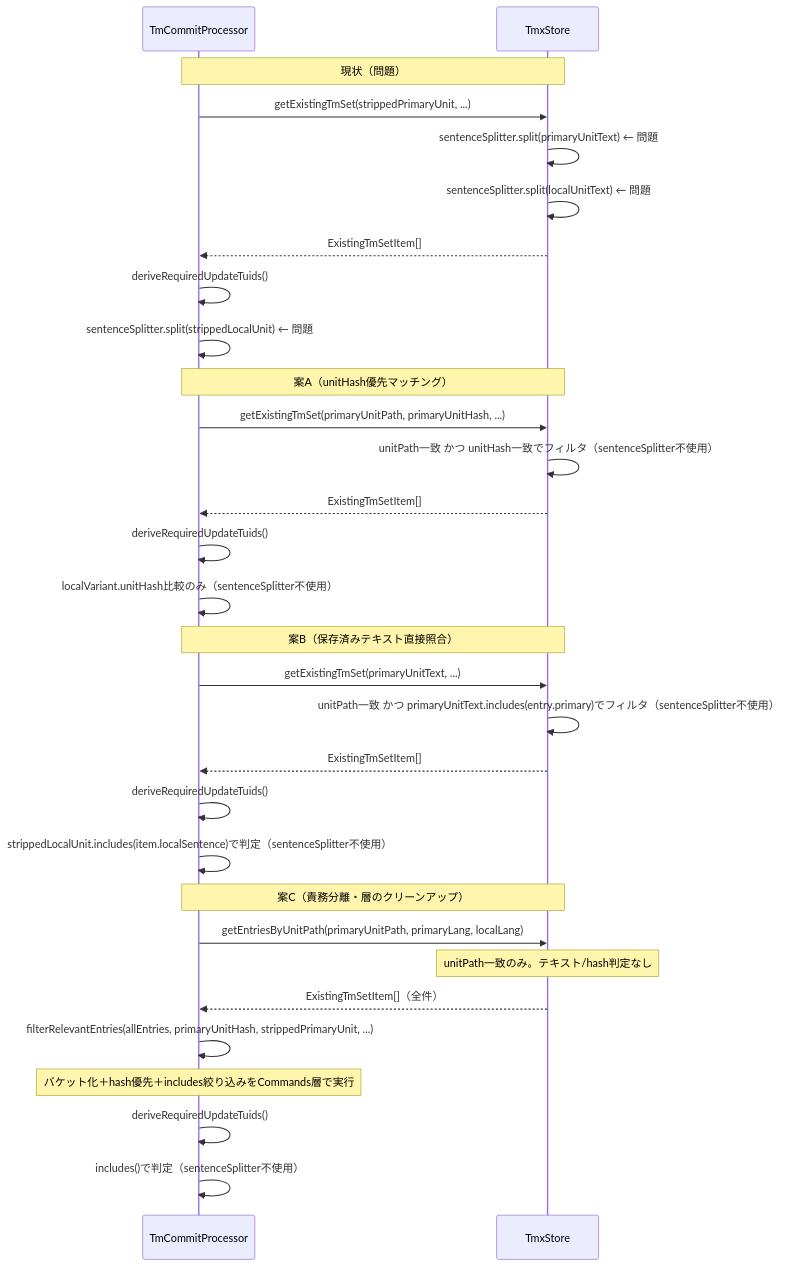
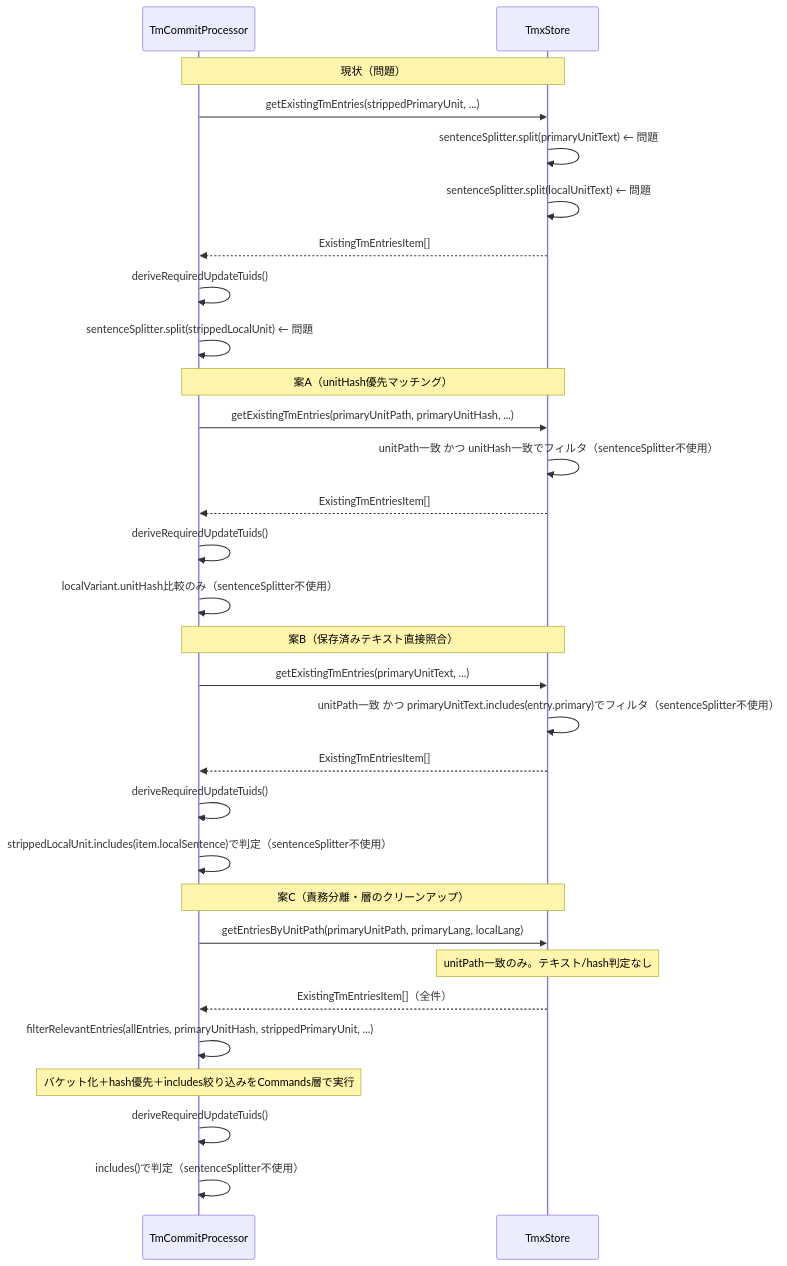
One commit to mochimochiki/mdait changed the diagram in tasks/done/260316_sentenceSplitter_TM登録除去.md. Above: the diagram before and after it, drawn with Mermaid. The commit also changed other lines of this file and 21 other files, not shown here.

````diff
--- a/tasks/done/260316_sentenceSplitter_TM登録除去.md
+++ b/tasks/done/260316_sentenceSplitter_TM登録除去.md
@@ -23,36 +23,36 @@
 ```mermaid
 sequenceDiagram
     participant Proc as TmCommitProcessor
     participant Store as TmxStore
 
     Note over Proc,Store: 現状（問題）
-    Proc->>Store: getExistingTmSet(strippedPrimaryUnit, ...)
+    Proc->>Store: getExistingTmEntries(strippedPrimaryUnit, ...)
     Store->>Store: sentenceSplitter.split(primaryUnitText) ← 問題
     Store->>Store: sentenceSplitter.split(localUnitText) ← 問題
-    Store-->>Proc: ExistingTmSetItem[]
+    Store-->>Proc: ExistingTmEntriesItem[]
     Proc->>Proc: deriveRequiredUpdateTuids()
     Proc->>Proc: sentenceSplitter.split(strippedLocalUnit) ← 問題
 
     Note over Proc,Store: 案A（unitHash優先マッチング）
-    Proc->>Store: getExistingTmSet(primaryUnitPath, primaryUnitHash, ...)
+    Proc->>Store: getExistingTmEntries(primaryUnitPath, primaryUnitHash, ...)
     Store->>Store: unitPath一致 かつ unitHash一致でフィルタ（sentenceSplitter不使用）
-    Store-->>Proc: ExistingTmSetItem[]
+    Store-->>Proc: ExistingTmEntriesItem[]
     Proc->>Proc: deriveRequiredUpdateTuids()
     Proc->>Proc: localVariant.unitHash比較のみ（sentenceSplitter不使用）
 
     Note over Proc,Store: 案B（保存済みテキスト直接照合）
-    Proc->>Store: getExistingTmSet(primaryUnitText, ...)
+    Proc->>Store: getExistingTmEntries(primaryUnitText, ...)
     Store->>Store: unitPath一致 かつ primaryUnitText.includes(entry.primary)でフィルタ（sentenceSplitter不使用）
-    Store-->>Proc: ExistingTmSetItem[]
+    Store-->>Proc: ExistingTmEntriesItem[]
     Proc->>Proc: deriveRequiredUpdateTuids()
     Proc->>Proc: strippedLocalUnit.includes(item.localSentence)で判定（sentenceSplitter不使用）
 
     Note over Proc,Store: 案C（責務分離・層のクリーンアップ）
     Proc->>Store: getEntriesByUnitPath(primaryUnitPath, primaryLang, localLang)
     Note over Store: unitPath一致のみ。テキスト/hash判定なし
-    Store-->>Proc: ExistingTmSetItem[]（全件）
+    Store-->>Proc: ExistingTmEntriesItem[]（全件）
     Proc->>Proc: filterRelevantEntries(allEntries, primaryUnitHash, strippedPrimaryUnit, ...)
     Note over Proc: バケット化＋hash優先＋includes絞り込みをCommands層で実行
     Proc->>Proc: deriveRequiredUpdateTuids()
     Proc->>Proc: includes()で判定（sentenceSplitter不使用）
 ```
````
